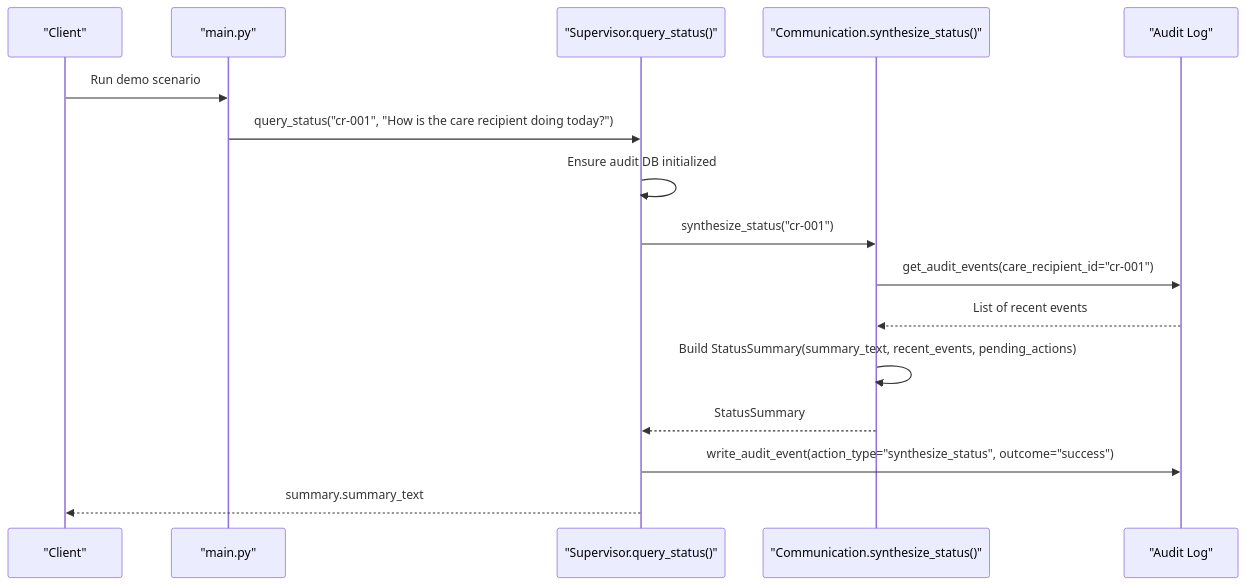
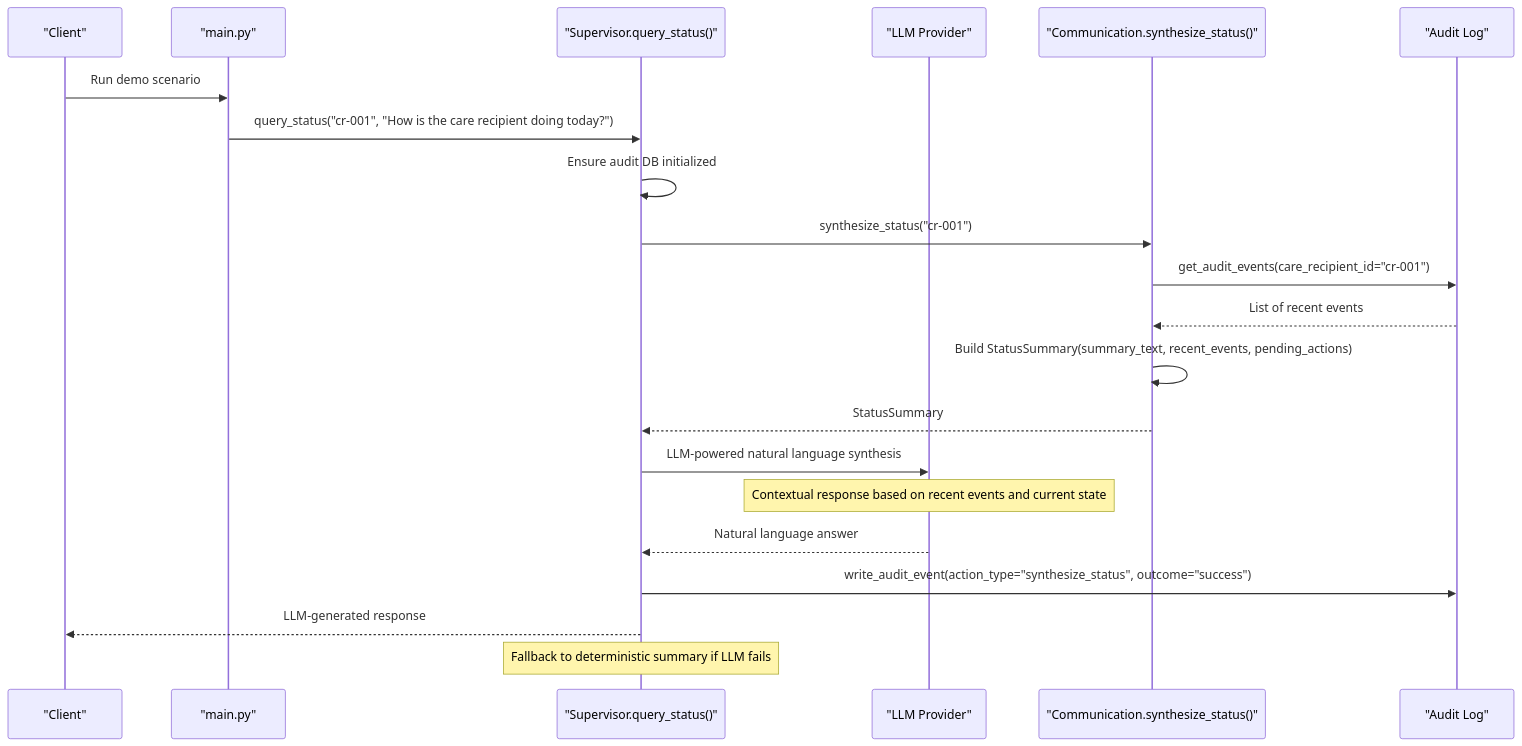
Before and after one commit to infamous-rebel/CareBridge: the second of 4 diagrams in .qoder/repowiki/en/content/API Reference/Status Query API.md, drawn with Mermaid. The commit also changed other lines of this file and 12 other files, not shown here.

````diff
--- a/.qoder/repowiki/en/content/API Reference/Status Query API.md
+++ b/.qoder/repowiki/en/content/API Reference/Status Query API.md
@@ -97,18 +112,23 @@
 ```mermaid
 sequenceDiagram
 participant Client as "Client"
 participant Main as "main.py"
 participant Supervisor as "Supervisor.query_status()"
+participant LLM as "LLM Provider"
 participant CommTools as "Communication.synthesize_status()"
 participant Audit as "Audit Log"
 Client->>Main : Run demo scenario
 Main->>Supervisor : query_status("cr-001", "How is the care recipient doing today?")
 Supervisor->>Supervisor : Ensure audit DB initialized
 Supervisor->>CommTools : synthesize_status("cr-001")
 CommTools->>Audit : get_audit_events(care_recipient_id="cr-001")
 Audit-->>CommTools : List of recent events
 CommTools->>CommTools : Build StatusSummary(summary_text, recent_events, pending_actions)
 CommTools-->>Supervisor : StatusSummary
+Supervisor->>LLM : LLM-powered natural language synthesis
+Note over LLM : Contextual response based on recent events and current state
+LLM-->>Supervisor : Natural language answer
 Supervisor->>Audit : write_audit_event(action_type="synthesize_status", outcome="success")
-Supervisor-->>Client : summary.summary_text
+Supervisor-->>Client : LLM-generated response
+Note over Supervisor : Fallback to deterministic summary if LLM fails
 ```
````
